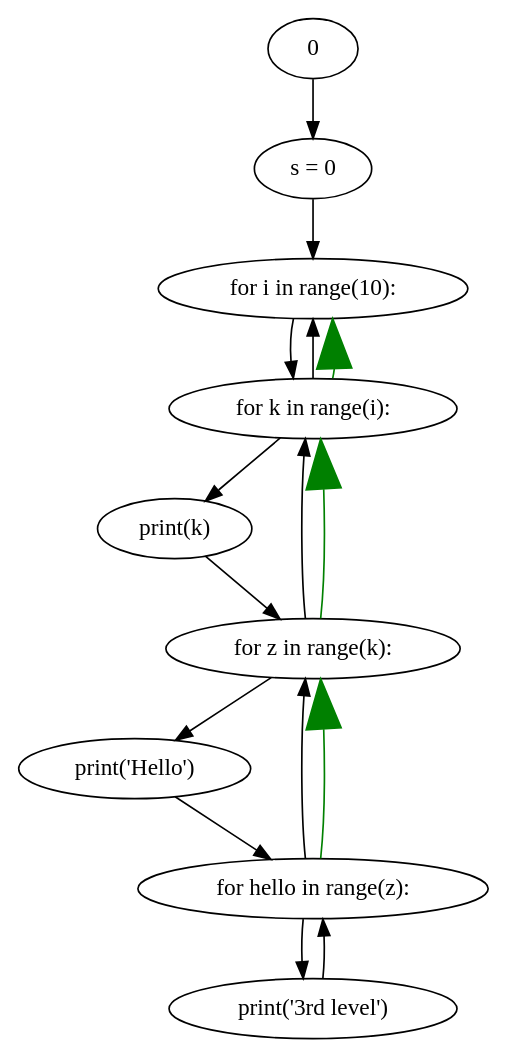
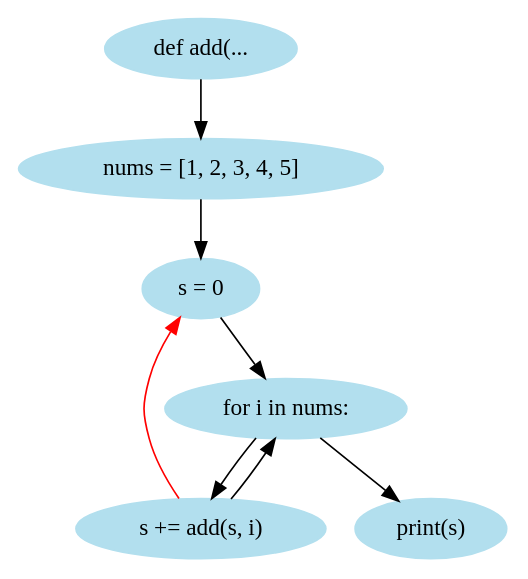
One commit to sanjelarun/Tyro-GUI changed the diagram in TYROv2/execution_cyles/test-output/round-table.gv. Above: the diagram before and after it, drawn with Graphviz. The commit also changed 16 other files, not shown here.

```diff
--- a/TYROv2/execution_cyles/test-output/round-table.gv
+++ b/TYROv2/execution_cyles/test-output/round-table.gv
@@ -1,26 +1,17 @@
 // Preview
 digraph {
-	1 [label="s = 0"]
+	node [color=lightblue2 style=filled]
+	0 [label="def add(..."]
+	1 [label="nums = [1, 2, 3, 4, 5]"]
 	0 -> 1 [constraints=false]
-	2 [label="for i in range(10):"]
+	2 [label="s = 0"]
 	1 -> 2 [constraints=false]
-	3 [label="for k in range(i):"]
+	3 [label="for i in nums:"]
 	2 -> 3 [constraints=false]
-	4 [label="print(k)"]
+	4 [label="s += add(s, i)"]
+	4 -> 2 [arrowsize=1 color=red constraints=false]
 	3 -> 4 [constraints=false]
-	3 -> 2 [constraints=false]
-	5 [label="for z in range(k):"]
-	4 -> 5 [constraints=false]
-	6 [label="print('Hello')"]
-	5 -> 6 [constraints=false]
-	5 -> 3 [constraints=false]
-	7 [label="for hello in range(z):"]
-	6 -> 7 [constraints=false]
-	8 [label="print('3rd level')"]
-	7 -> 8 [constraints=false]
-	7 -> 5 [constraints=false]
-	8 -> 7 [constraints=false]
-	3 -> 2 [arrowsize=3 color=green constraints=false]
-	5 -> 3 [arrowsize=3 color=green constraints=false]
-	7 -> 5 [arrowsize=3 color=green constraints=false]
+	5 [label="print(s)"]
+	3 -> 5 [constraints=false]
+	4 -> 3 [constraints=false]
 }
```
